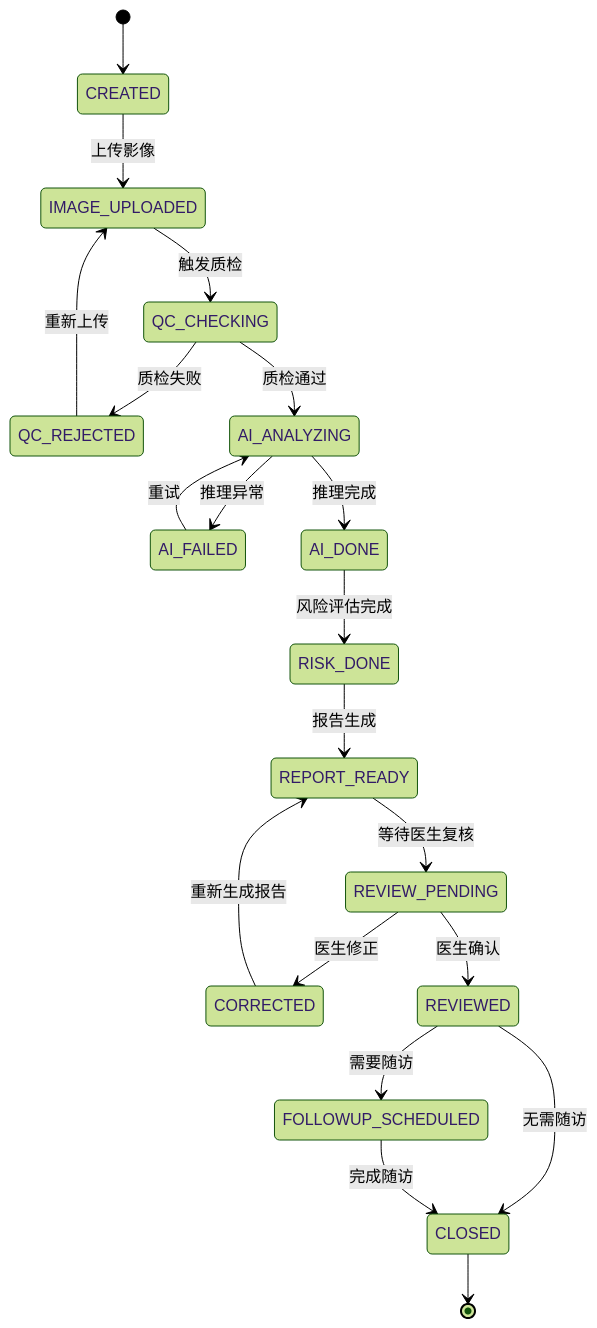
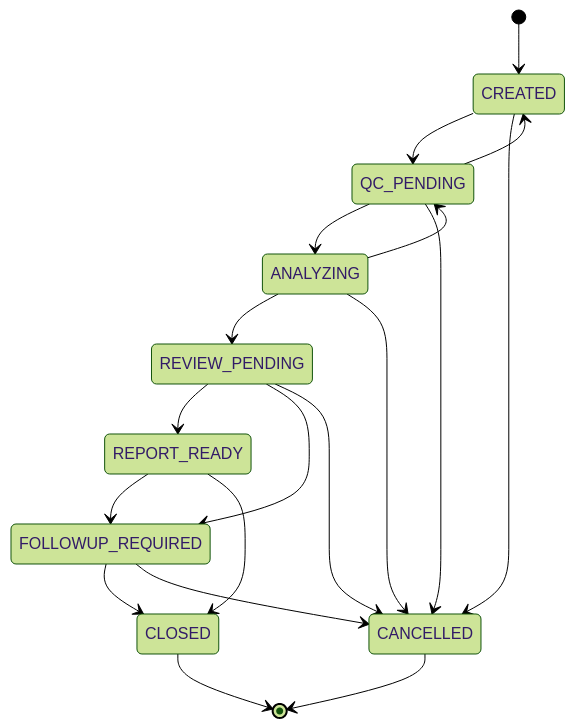
Before and after one commit to lizhuoheng47/caries_guard: the fifth of 7 diagrams in Documents/02_UML图集.md, drawn with Mermaid (forest theme). The commit also changed other lines of this file and 83 other files, not shown here.

First line of the commit message:
docs(architecture): 添加系统架构与开发规范文档

````diff
--- a/Documents/02_UML图集.md
+++ b/Documents/02_UML图集.md
@@ -525,22 +138,27 @@
 ```mermaid
 stateDiagram-v2
     [*] --> CREATED
-    CREATED --> IMAGE_UPLOADED: 上传影像
-    IMAGE_UPLOADED --> QC_CHECKING: 触发质检
-    QC_CHECKING --> QC_REJECTED: 质检失败
-    QC_CHECKING --> AI_ANALYZING: 质检通过
-    QC_REJECTED --> IMAGE_UPLOADED: 重新上传
-    AI_ANALYZING --> AI_FAILED: 推理异常
-    AI_ANALYZING --> AI_DONE: 推理完成
-    AI_FAILED --> AI_ANALYZING: 重试
-    AI_DONE --> RISK_DONE: 风险评估完成
-    RISK_DONE --> REPORT_READY: 报告生成
-    REPORT_READY --> REVIEW_PENDING: 等待医生复核
-    REVIEW_PENDING --> CORRECTED: 医生修正
-    REVIEW_PENDING --> REVIEWED: 医生确认
-    CORRECTED --> REPORT_READY: 重新生成报告
-    REVIEWED --> FOLLOWUP_SCHEDULED: 需要随访
-    REVIEWED --> CLOSED: 无需随访
-    FOLLOWUP_SCHEDULED --> CLOSED: 完成随访
+    CREATED --> QC_PENDING
+    CREATED --> CANCELLED
+
+    QC_PENDING --> ANALYZING
+    QC_PENDING --> CREATED
+    QC_PENDING --> CANCELLED
+
+    ANALYZING --> REVIEW_PENDING
+    ANALYZING --> QC_PENDING
+    ANALYZING --> CANCELLED
+
+    REVIEW_PENDING --> REPORT_READY
+    REVIEW_PENDING --> FOLLOWUP_REQUIRED
+    REVIEW_PENDING --> CANCELLED
+
+    REPORT_READY --> FOLLOWUP_REQUIRED
+    REPORT_READY --> CLOSED
+
+    FOLLOWUP_REQUIRED --> CLOSED
+    FOLLOWUP_REQUIRED --> CANCELLED
+
     CLOSED --> [*]
+    CANCELLED --> [*]
 ```
````
